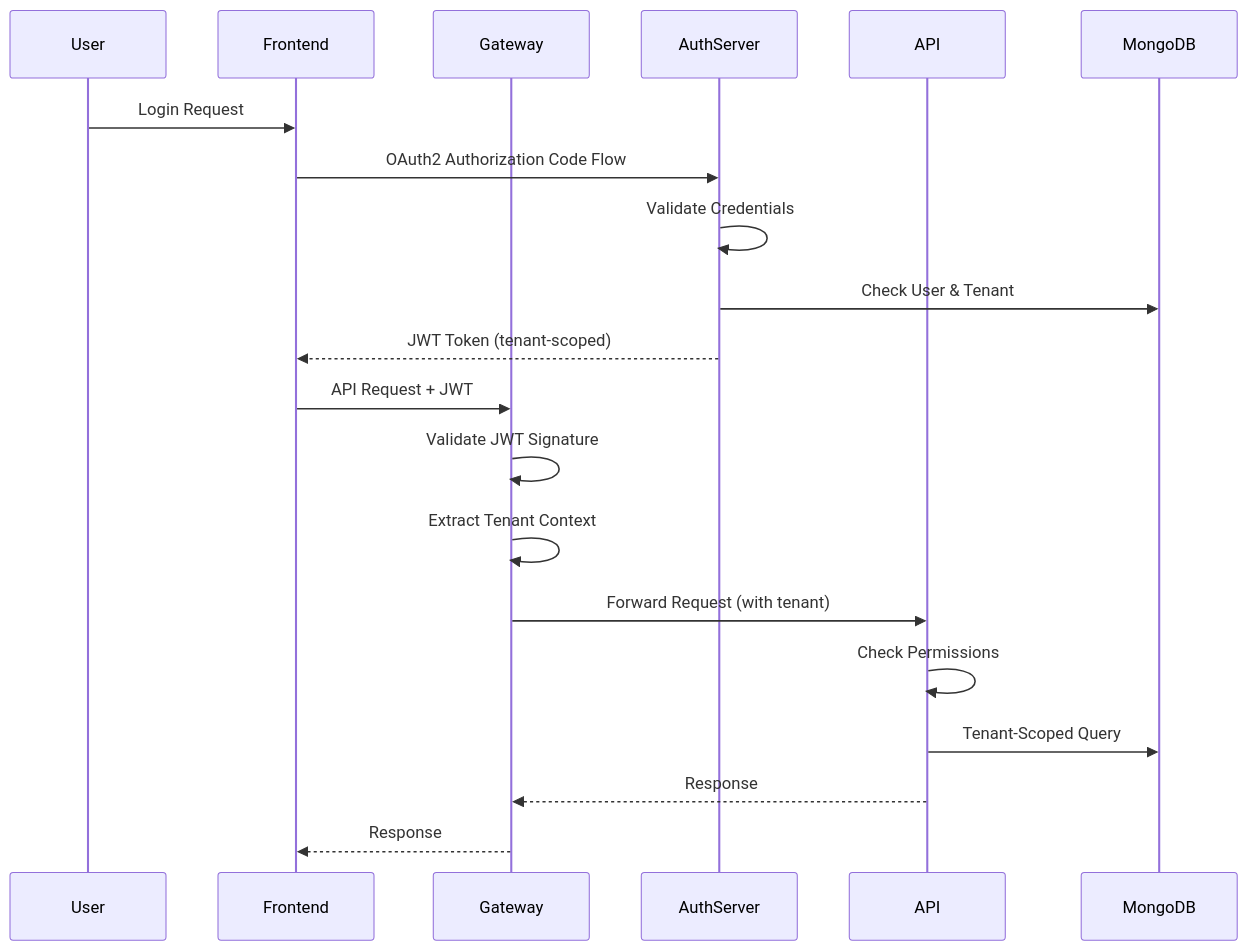
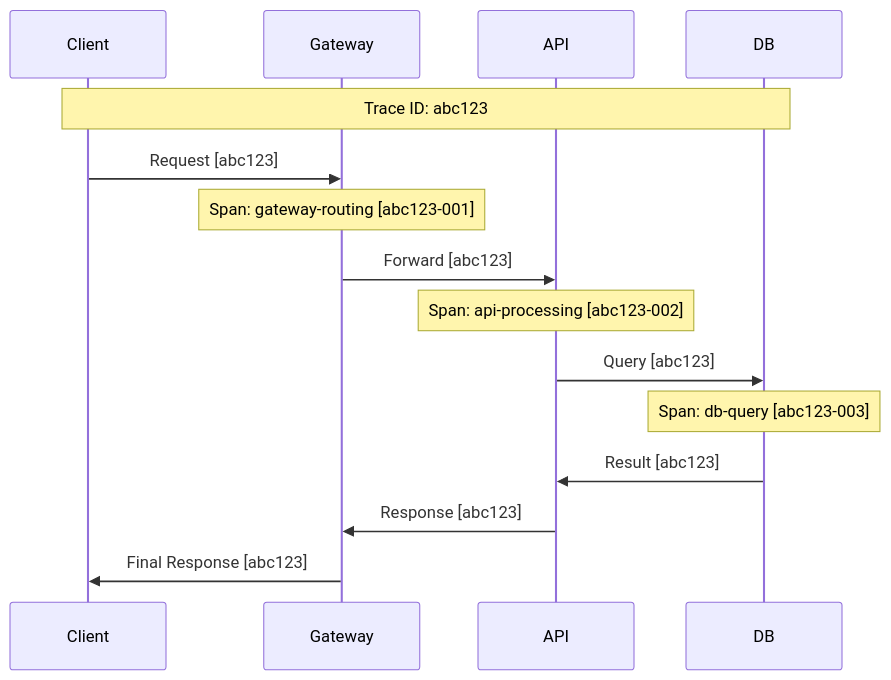
Before and after one commit to Praesto-Pro/openframe-oss-tenant: the ninth of 12 diagrams in docs/development/architecture/README.md, drawn with Mermaid. The commit also changed other lines of this file and 149 other files, not shown here.

````diff
--- a/docs/development/architecture/README.md
+++ b/docs/development/architecture/README.md
@@ -353,24 +476,18 @@
 ```mermaid
 sequenceDiagram
-    participant User
-    participant Frontend
+    participant Client
     participant Gateway
-    participant AuthServer
     participant API
-    participant MongoDB
-
-    User->>Frontend: Login Request
-    Frontend->>AuthServer: OAuth2 Authorization Code Flow
-    AuthServer->>AuthServer: Validate Credentials
-    AuthServer->>MongoDB: Check User & Tenant
-    AuthServer-->>Frontend: JWT Token (tenant-scoped)
+    participant DB
     
-    Frontend->>Gateway: API Request + JWT
-    Gateway->>Gateway: Validate JWT Signature
-    Gateway->>Gateway: Extract Tenant Context
-    Gateway->>API: Forward Request (with tenant)
-    API->>API: Check Permissions
-    API->>MongoDB: Tenant-Scoped Query
-    API-->>Gateway: Response
-    Gateway-->>Frontend: Response
+    Note over Client,DB: Trace ID: abc123
+    Client->>Gateway: Request [abc123]
+    Note over Gateway: Span: gateway-routing [abc123-001]
+    Gateway->>API: Forward [abc123]
+    Note over API: Span: api-processing [abc123-002]  
+    API->>DB: Query [abc123]
+    Note over DB: Span: db-query [abc123-003]
+    DB->>API: Result [abc123]
+    API->>Gateway: Response [abc123]
+    Gateway->>Client: Final Response [abc123]
 ```
````
